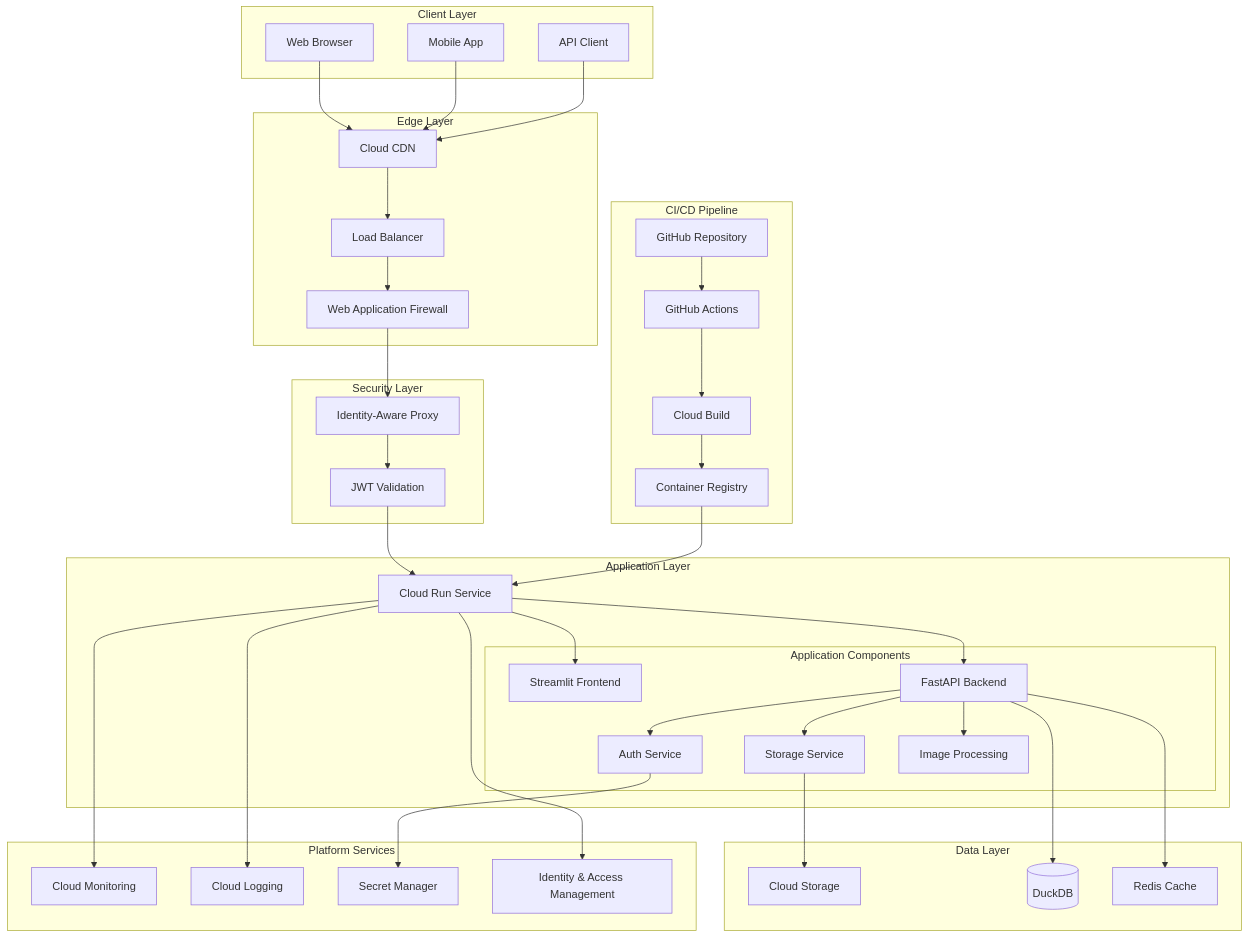
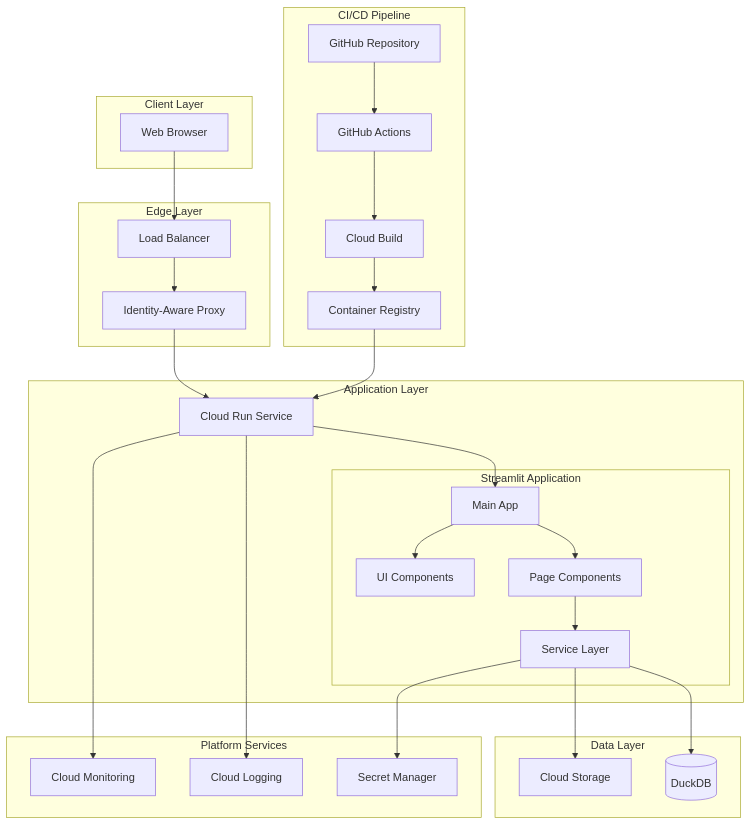
One commit to mida-hub/imgstream changed the first of 6 diagrams in docs/ARCHITECTURE.md. Above: the diagram before and after it, drawn with Mermaid. The commit also changed other lines of this file and 3 other files, not shown here.

````diff
--- a/docs/ARCHITECTURE.md
+++ b/docs/ARCHITECTURE.md
@@ -77,80 +77,60 @@
 ```mermaid
 graph TB
     subgraph "Client Layer"
         WEB[Web Browser]
-        MOBILE[Mobile App]
-        API_CLIENT[API Client]
     end
 
     subgraph "Edge Layer"
-        CDN[Cloud CDN]
         LB[Load Balancer]
-        WAF[Web Application Firewall]
-    end
-
-    subgraph "Security Layer"
         IAP[Identity-Aware Proxy]
-        JWT[JWT Validation]
     end
 
     subgraph "Application Layer"
         CR[Cloud Run Service]
-        subgraph "Application Components"
-            STREAMLIT[Streamlit Frontend]
-            API[FastAPI Backend]
-            AUTH[Auth Service]
-            STORAGE_SVC[Storage Service]
-            IMG_PROC[Image Processing]
+        subgraph "Streamlit Application"
+            MAIN[Main App]
+            UI[UI Components]
+            PAGES[Page Components]
+            SERVICES[Service Layer]
         end
     end
 
     subgraph "Data Layer"
         GCS[Cloud Storage]
         DB[(DuckDB)]
-        CACHE[Redis Cache]
     end
 
     subgraph "Platform Services"
         MONITORING[Cloud Monitoring]
         LOGGING[Cloud Logging]
         SECRET[Secret Manager]
-        IAM[Identity & Access Management]
     end
 
     subgraph "CI/CD Pipeline"
         GITHUB[GitHub Repository]
         ACTIONS[GitHub Actions]
         BUILD[Cloud Build]
         REGISTRY[Container Registry]
     end
 
-    WEB --> CDN
-    MOBILE --> CDN
-    API_CLIENT --> CDN
+    WEB --> LB
+    LB --> IAP
+    IAP --> CR
 
-    CDN --> LB
-    LB --> WAF
-    WAF --> IAP
-    IAP --> JWT
-    JWT --> CR
+    CR --> MAIN
+    MAIN --> UI
+    MAIN --> PAGES
+    PAGES --> SERVICES
 
-    CR --> STREAMLIT
-    CR --> API
-    API --> AUTH
-    API --> STORAGE_SVC
-    API --> IMG_PROC
-
-    STORAGE_SVC --> GCS
-    API --> DB
-    API --> CACHE
+    SERVICES --> GCS
+    SERVICES --> DB
 
     CR --> MONITORING
     CR --> LOGGING
-    AUTH --> SECRET
-    CR --> IAM
+    SERVICES --> SECRET
 
     GITHUB --> ACTIONS
     ACTIONS --> BUILD
     BUILD --> REGISTRY
     REGISTRY --> CR
 ```
````
